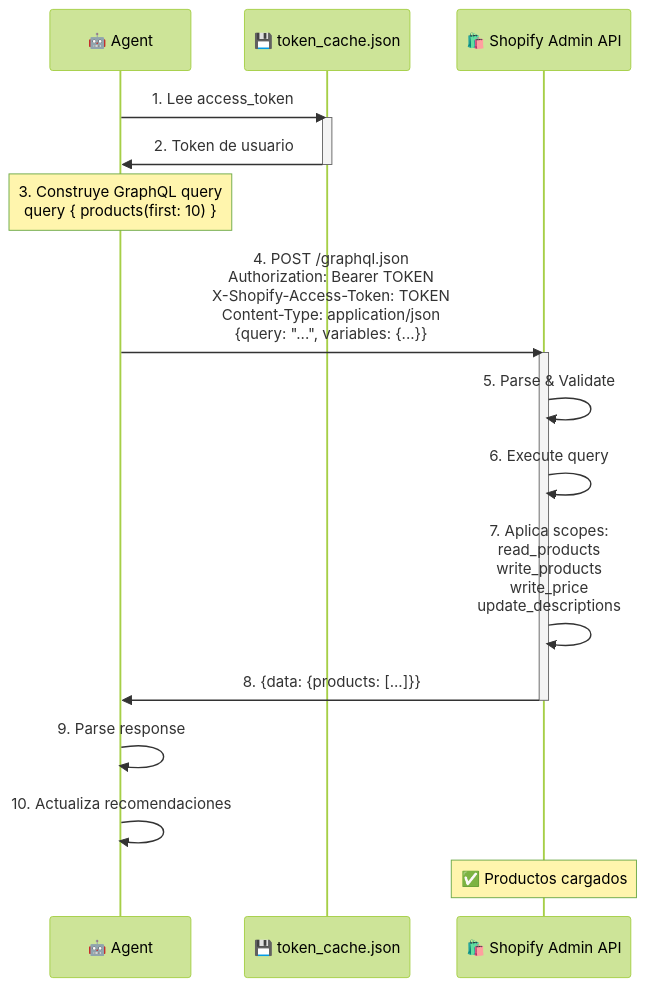
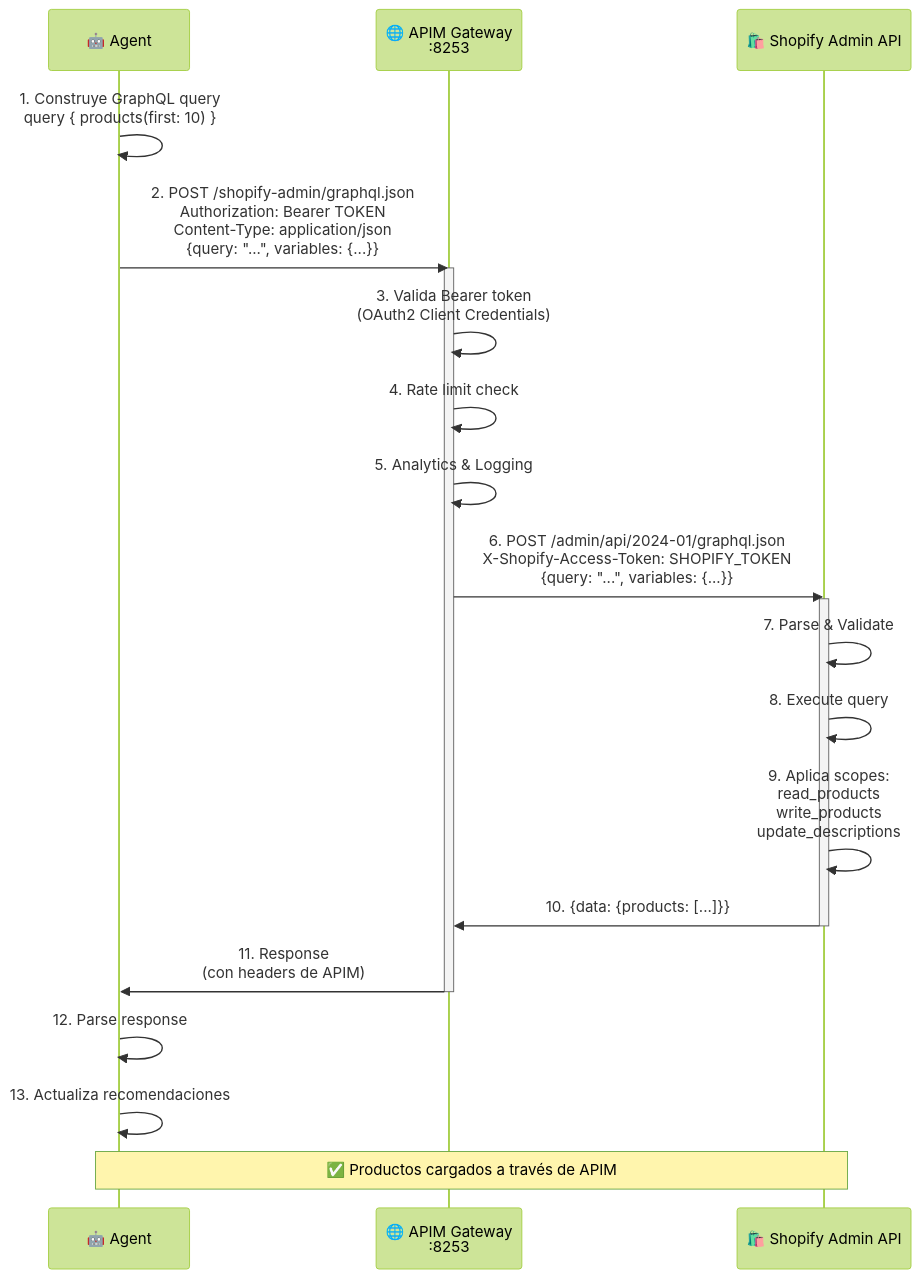
Before and after one commit to rgranadosd/charlas: the fourth of 8 diagrams in 48HSK/DIAGRAMA_COMUNICACIONES.md, drawn with Mermaid (forest theme). The commit also changed other lines of this file and 3 other files, not shown here.

First line of the commit message:
refactor: Shopify API calls through APIM Gateway proxy

````diff
--- a/48HSK/DIAGRAMA_COMUNICACIONES.md
+++ b/48HSK/DIAGRAMA_COMUNICACIONES.md
@@ -154,28 +154,33 @@
 ```mermaid
 sequenceDiagram
     participant Agent as 🤖 Agent
-    participant Cache as 💾 token_cache.json
+    participant APIM as 🌐 APIM Gateway<br/>:8253
     participant Shopify as 🛍️ Shopify Admin API
     
-    Agent->>Cache: 1. Lee access_token
-    activate Cache
-    Cache->>Agent: 2. Token de usuario
-    deactivate Cache
+    Agent->>Agent: 1. Construye GraphQL query<br/>query { products(first: 10) }
     
-    Note over Agent: 3. Construye GraphQL query<br/>query { products(first: 10) }
+    Agent->>APIM: 2. POST /shopify-admin/graphql.json<br/>Authorization: Bearer TOKEN<br/>Content-Type: application/json<br/>{query: "...", variables: {...}}
+    activate APIM
     
-    Agent->>Shopify: 4. POST /graphql.json<br/>Authorization: Bearer TOKEN<br/>X-Shopify-Access-Token: TOKEN<br/>Content-Type: application/json<br/>{query: "...", variables: {...}}
+    APIM->>APIM: 3. Valida Bearer token<br/>(OAuth2 Client Credentials)
+    APIM->>APIM: 4. Rate limit check
+    APIM->>APIM: 5. Analytics & Logging
+    
+    APIM->>Shopify: 6. POST /admin/api/2024-01/graphql.json<br/>X-Shopify-Access-Token: SHOPIFY_TOKEN<br/>{query: "...", variables: {...}}
     activate Shopify
     
-    Shopify->>Shopify: 5. Parse & Validate
-    Shopify->>Shopify: 6. Execute query
-    Shopify->>Shopify: 7. Aplica scopes:<br/>read_products<br/>write_products<br/>write_price<br/>update_descriptions
+    Shopify->>Shopify: 7. Parse & Validate
+    Shopify->>Shopify: 8. Execute query
+    Shopify->>Shopify: 9. Aplica scopes:<br/>read_products<br/>write_products<br/>update_descriptions
     
-    Shopify->>Agent: 8. {data: {products: [...]}}
+    Shopify->>APIM: 10. {data: {products: [...]}}
     deactivate Shopify
     
-    Agent->>Agent: 9. Parse response
-    Agent->>Agent: 10. Actualiza recomendaciones
+    APIM->>Agent: 11. Response<br/>(con headers de APIM)
+    deactivate APIM
     
-    Note over Shopify: ✅ Productos cargados
+    Agent->>Agent: 12. Parse response
+    Agent->>Agent: 13. Actualiza recomendaciones
+    
+    Note over Shopify,Agent: ✅ Productos cargados a través de APIM
 ```
````
